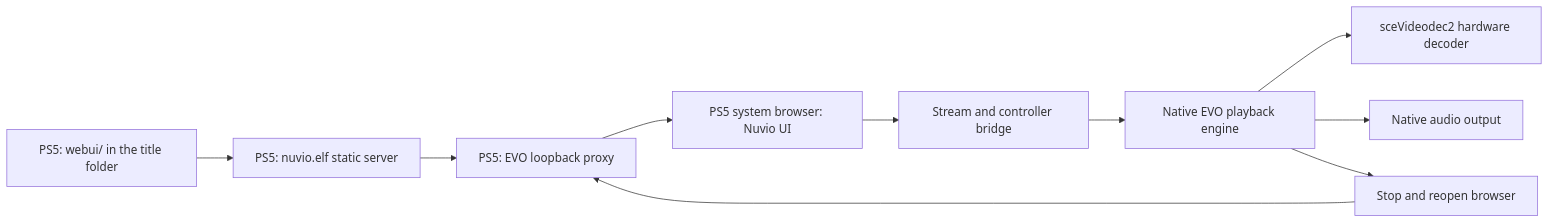
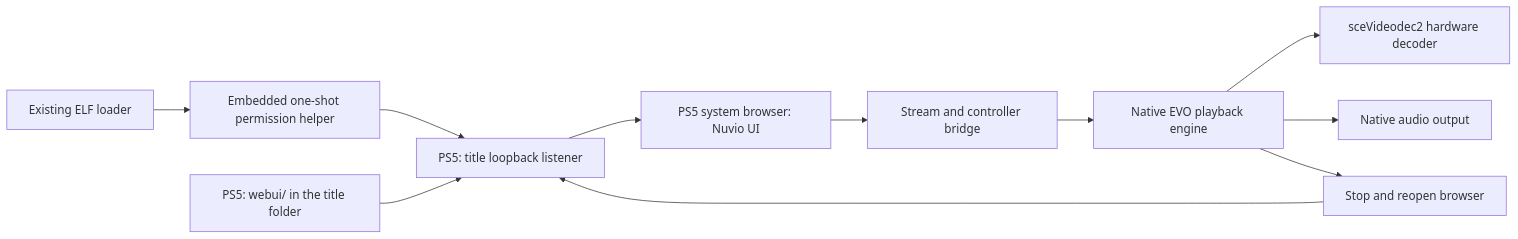
Before and after one commit to bilawalriaz/nuvio-ps5-homebrew: the diagram in docs/ARCHITECTURE.md, drawn with Mermaid. The commit also changed other lines of this file and 30 other files, not shown here.

Commit message:
Embed Nuvio startup helper and serve UI from the title

````diff
--- a/docs/ARCHITECTURE.md
+++ b/docs/ARCHITECTURE.md
@@ -10,12 +10,13 @@
 ```mermaid
 flowchart LR
-    Files[PS5: webui/ in the title folder] --> Server[PS5: nuvio.elf static server]
-    Server --> Proxy[PS5: EVO loopback proxy]
+    Loader[Existing ELF loader] --> Helper[Embedded one-shot permission helper]
+    Helper --> Proxy[PS5: title loopback listener]
+    Files[PS5: webui/ in the title folder] --> Proxy
     Proxy --> Browser[PS5 system browser: Nuvio UI]
     Browser --> Bridge[Stream and controller bridge]
     Bridge --> Player[Native EVO playback engine]
     Player --> Decoder[sceVideodec2 hardware decoder]
     Player --> Audio[Native audio output]
     Player --> Return[Stop and reopen browser]
     Return --> Proxy
 ```
````
